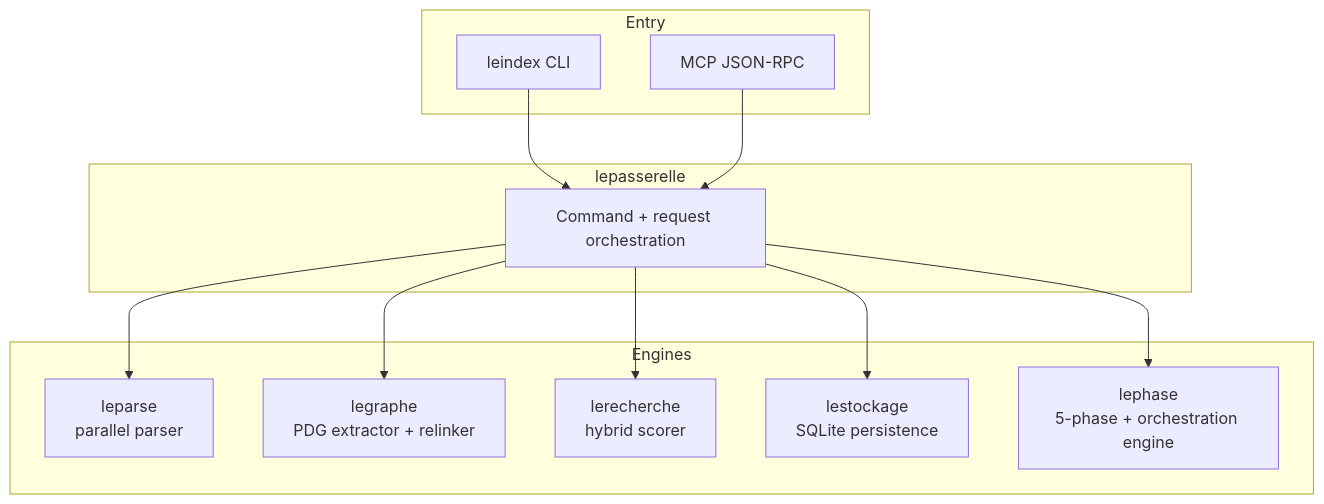
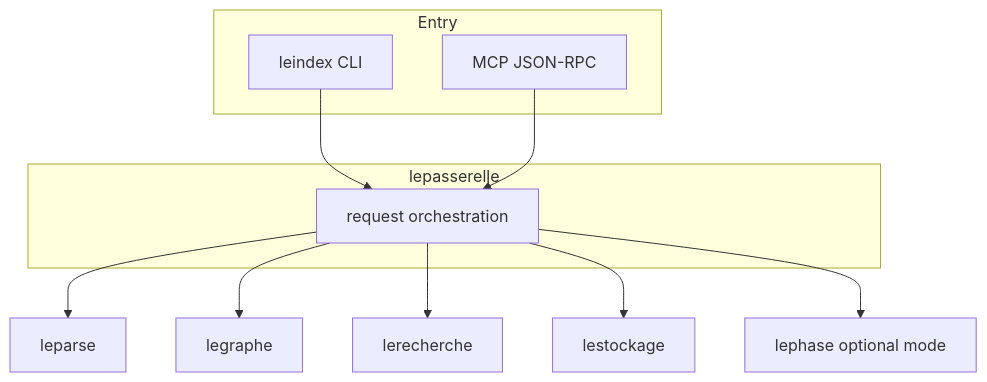
One commit to scooter-lacroix/LeIndex changed the first of 2 diagrams in RUST_ARCHITECTURE.md. Above: the diagram before and after it, drawn with Mermaid. The commit also changed other lines of this file and 130 other files, not shown here.

````diff
--- a/RUST_ARCHITECTURE.md
+++ b/RUST_ARCHITECTURE.md
@@ -11,28 +12,20 @@
 ```mermaid
 flowchart TB
     subgraph Entry
       CLI[leindex CLI]
       MCP[MCP JSON-RPC]
     end
 
     CLI --> PASS
     MCP --> PASS
 
     subgraph Core[lepasserelle]
-      PASS[Command + request orchestration]
+      PASS[request orchestration]
     end
 
-    PASS --> PARSE
-    PASS --> PDG
-    PASS --> SEARCH
-    PASS --> STORE
-    PASS --> PHASE
-
-    subgraph Engines
-      PARSE[leparse\nparallel parser]
-      PDG[legraphe\nPDG extractor + relinker]
-      SEARCH[lerecherche\nhybrid scorer]
-      STORE[lestockage\nSQLite persistence]
-      PHASE[lephase\n5-phase + orchestration engine]
-    end
+    PASS --> PARSE[leparse]
+    PASS --> PDG[legraphe]
+    PASS --> SEARCH[lerecherche]
+    PASS --> STORE[lestockage]
+    PASS --> PHASE[lephase optional mode]
 ```
````
